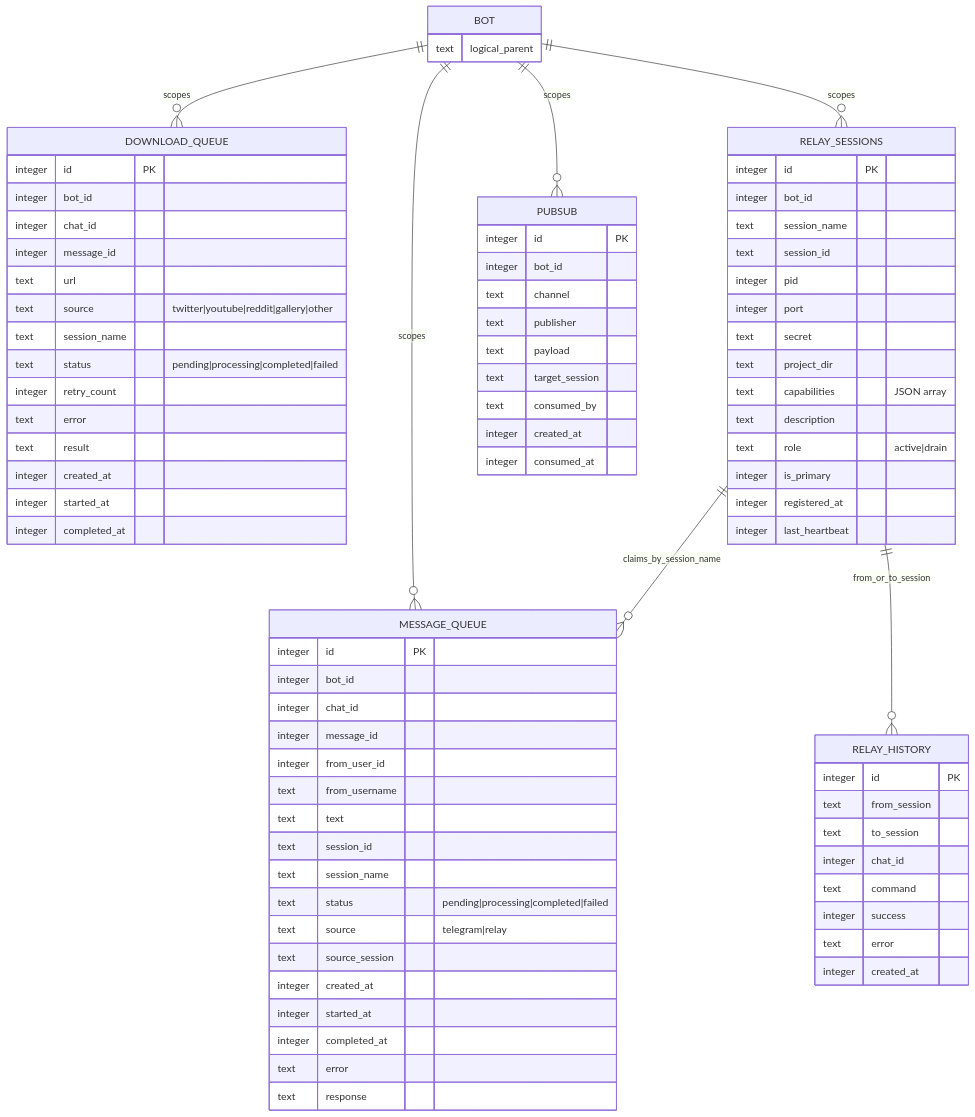
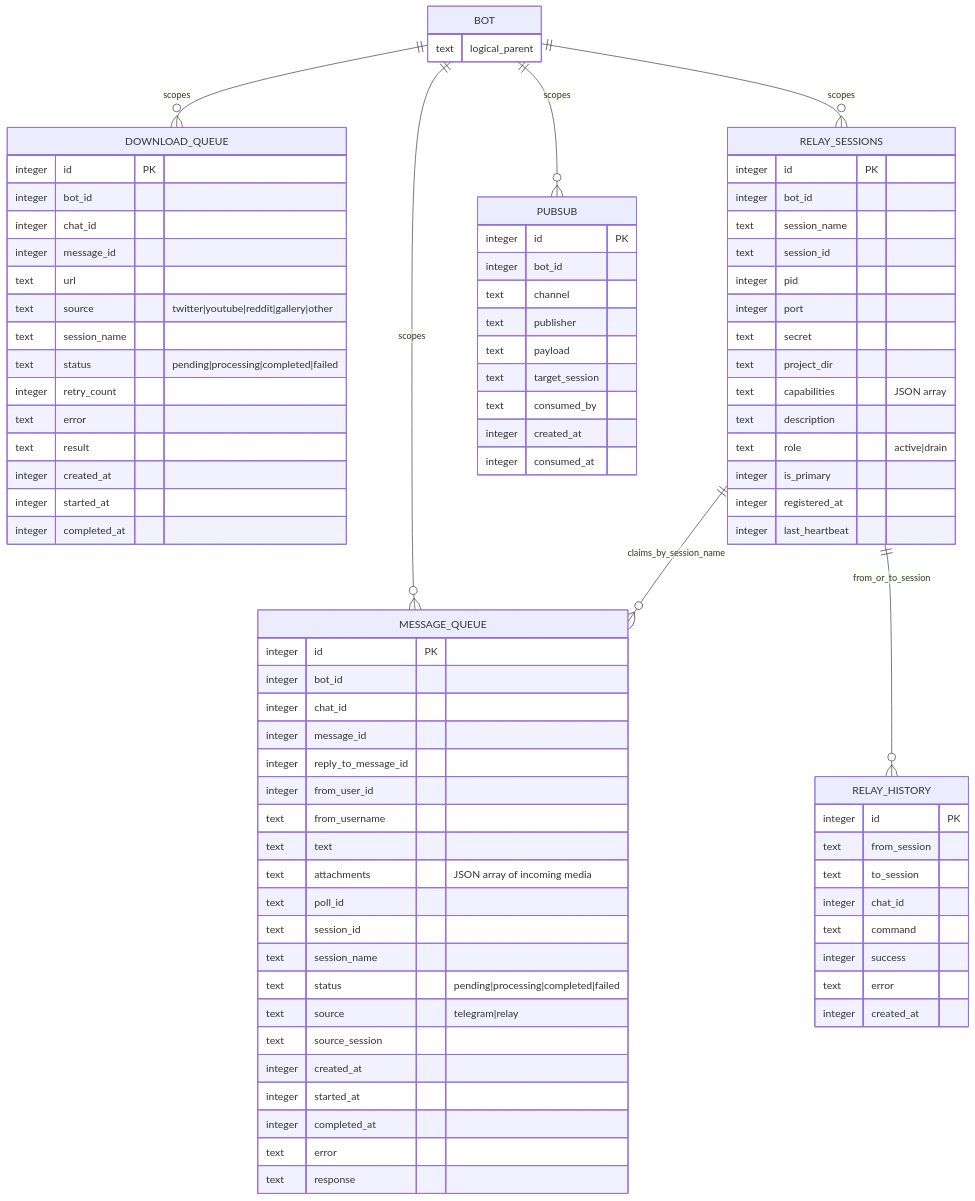
One commit to abhaymin/pi-teleg changed the third of 11 diagrams in README.md. Above: the diagram before and after it, drawn with Mermaid. The commit also changed other lines of this file and 6 other files, not shown here.

Commit message:
Add media and poll support

```diff
--- a/README.md
+++ b/README.md
@@ -160,9 +163,12 @@
     integer bot_id
     integer chat_id
     integer message_id
+    integer reply_to_message_id
     integer from_user_id
     text from_username
     text text
+    text attachments "JSON array of incoming media"
+    text poll_id
     text session_id
     text session_name
     text status "pending|processing|completed|failed"
```
